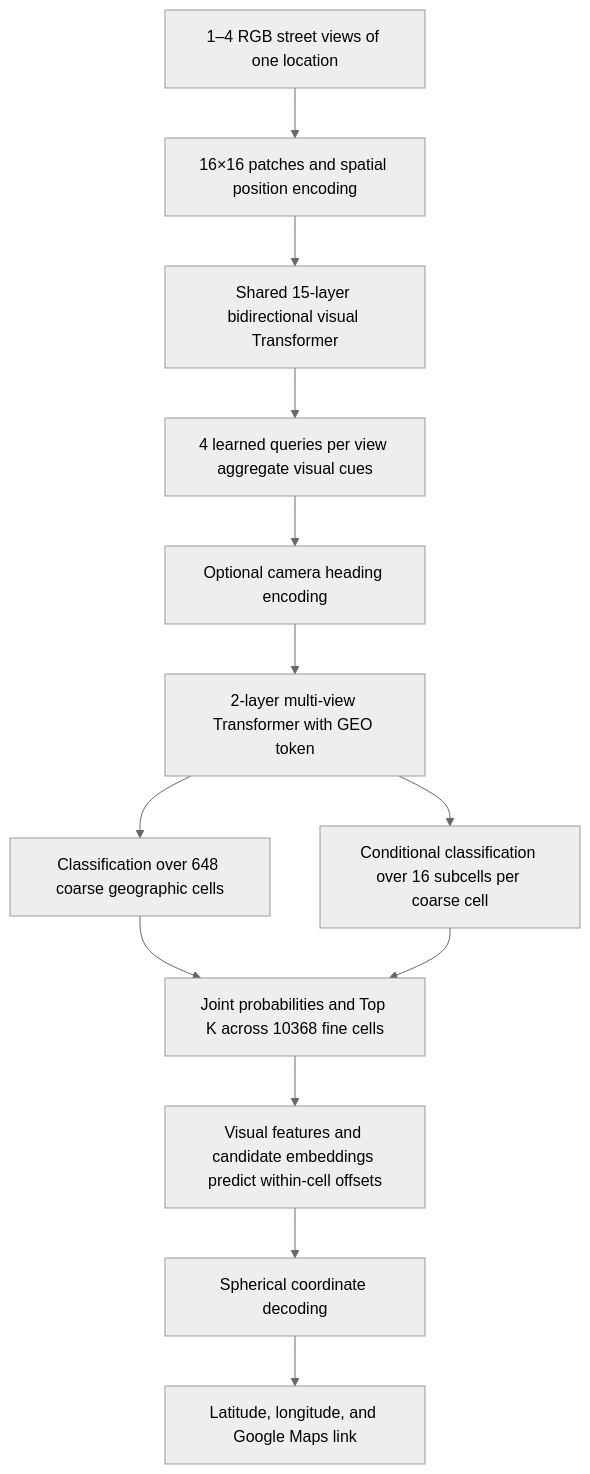
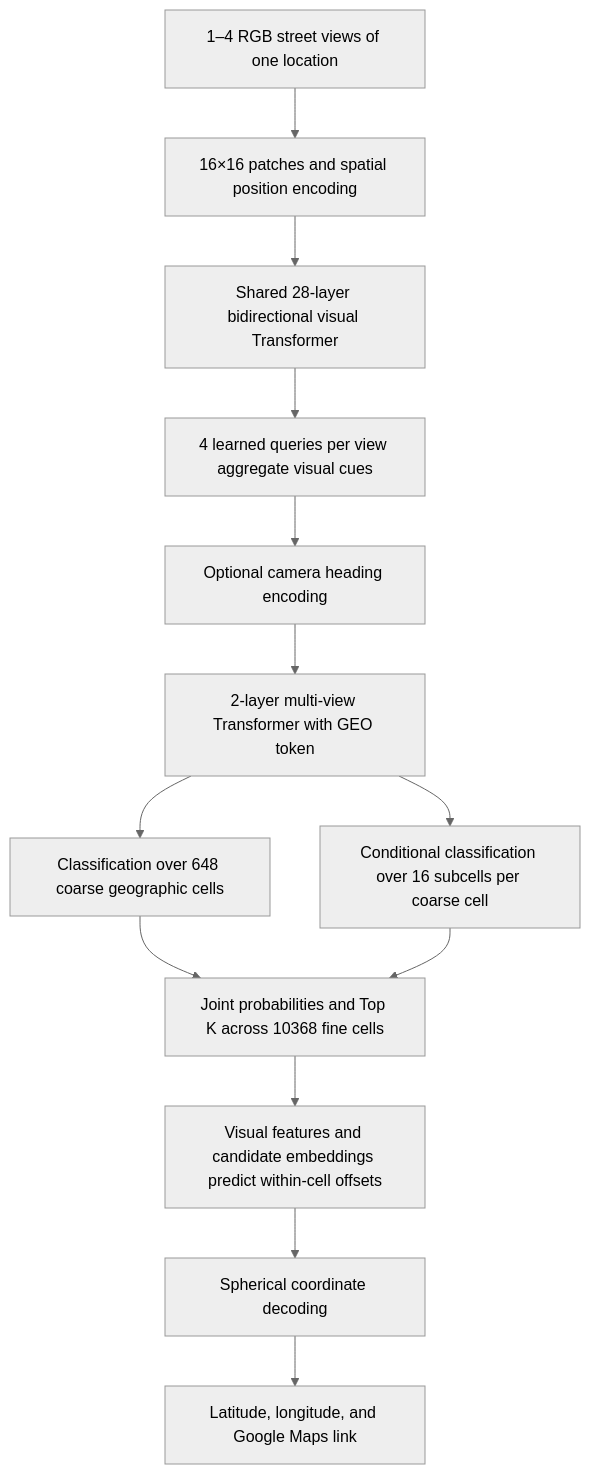
Before and after one commit to TheUserWW/S.V.G.T.-StreetViewGeolocationTransformer: the diagram in README.md, drawn with Mermaid (neutral theme). The commit also changed other lines of this file and 68 other files, not shown here.

````diff
--- a/README.md
+++ b/README.md
@@ -27,15 +29,15 @@
 ```mermaid
 flowchart TD
     A[1–4 RGB street views of one location] --> B[16×16 patches and spatial position encoding]
-    B --> C[Shared 15-layer bidirectional visual Transformer]
+    B --> C[Shared 28-layer bidirectional visual Transformer]
     C --> D[4 learned queries per view aggregate visual cues]
     D --> E[Optional camera heading encoding]
     E --> F[2-layer multi-view Transformer with GEO token]
     F --> G[Classification over 648 coarse geographic cells]
     F --> H[Conditional classification over 16 subcells per coarse cell]
     G --> I[Joint probabilities and Top K across 10368 fine cells]
     H --> I
     I --> J[Visual features and candidate embeddings predict within-cell offsets]
     J --> K[Spherical coordinate decoding]
     K --> L[Latitude, longitude, and Google Maps link]
 ```
````
